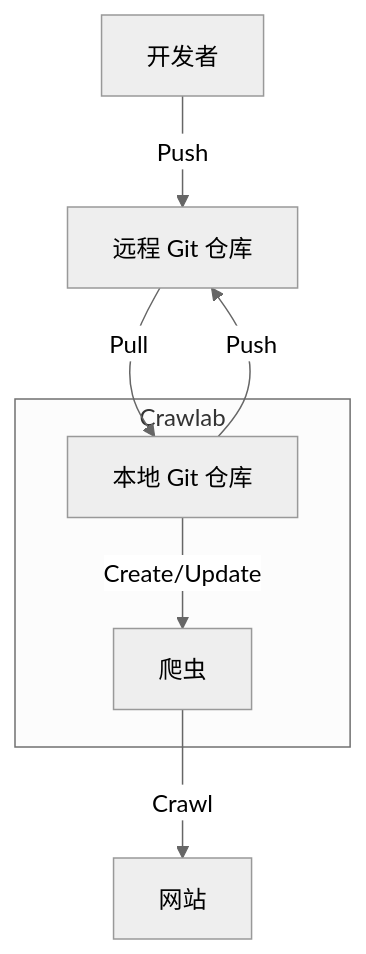
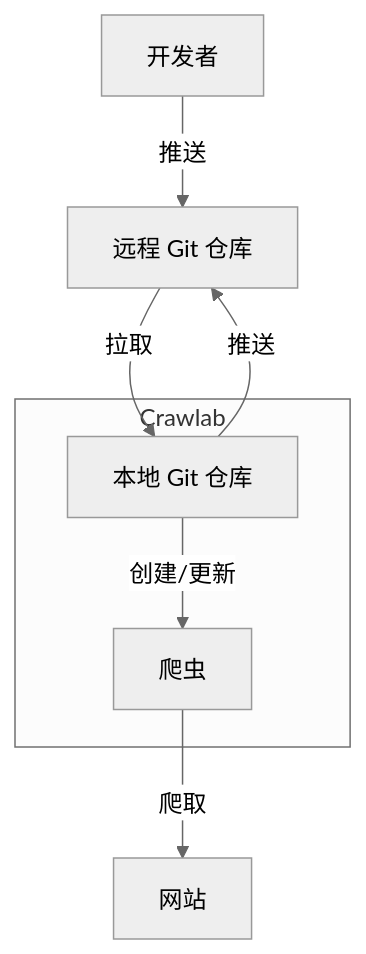
One commit to crawlab-team/crawlab-docs changed the diagram in packages/v0.7/i18n/zh/docusaurus-plugin-content-docs/current/guides/version-control/index.md. Above: the diagram before and after it, drawn with Mermaid (neutral theme). The commit also changed other lines of this file and 18 other files, not shown here.

````diff
--- a/packages/v0.7/i18n/zh/docusaurus-plugin-content-docs/current/guides/version-control/index.md
+++ b/packages/v0.7/i18n/zh/docusaurus-plugin-content-docs/current/guides/version-control/index.md
@@ -103,14 +103,14 @@
 ```mermaid
 graph TD
     dev[开发者]
     rgr[远程 Git 仓库]
-    dev -- Push --> rgr
-    rgr -- Pull --> lgr
+    dev -- 推送 --> rgr
+    rgr -- 拉取 --> lgr
     subgraph cr[Crawlab]
         lgr[本地 Git 仓库]
         s[爬虫]
-        lgr -- Create/Update --> s
+        lgr -- 创建/更新 --> s
     end
-    lgr -- Push --> rgr
-    s -- Crawl --> ws[网站]
+    lgr -- 推送 --> rgr
+    s -- 爬取 --> ws[网站]
 ``` 
````
